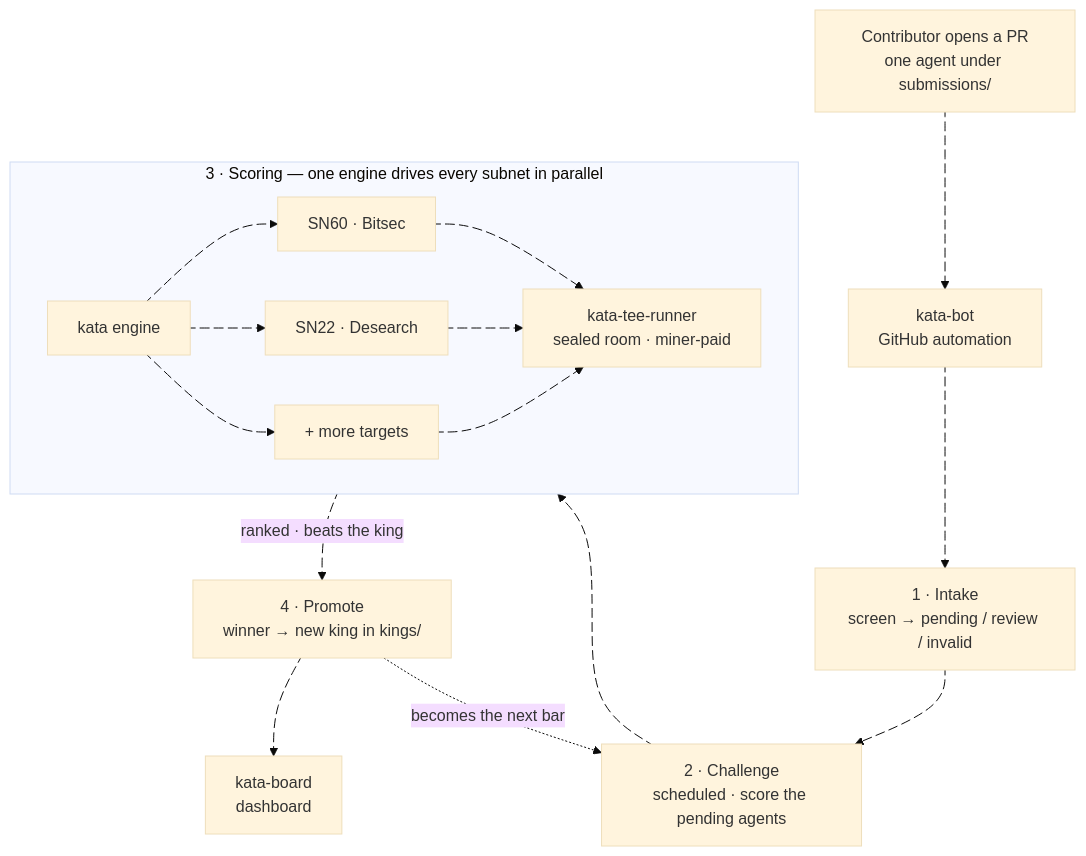
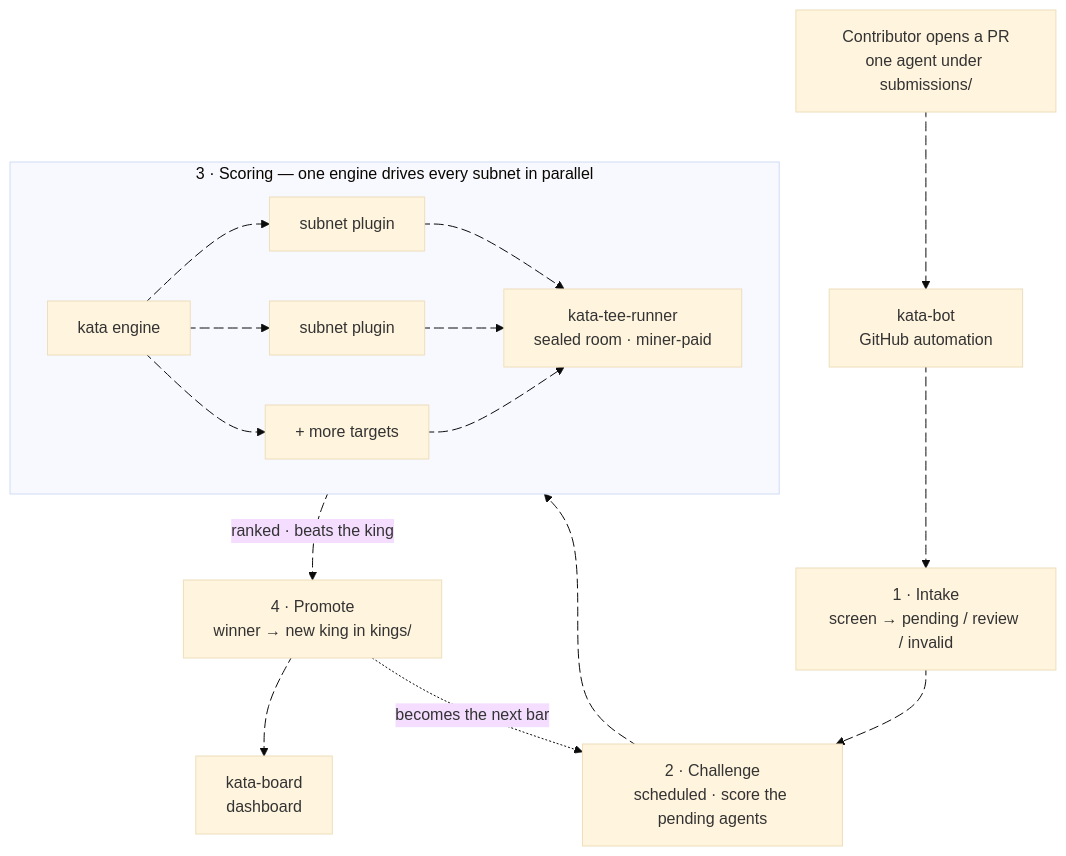
One commit to Autovara/kata changed the diagram in README.md. Above: the diagram before and after it, drawn with Mermaid (base theme). The commit also changed other lines of this file and 6 other files, not shown here.

````diff
--- a/README.md
+++ b/README.md
@@ -37,45 +37,45 @@
 ```mermaid
 flowchart TD
     C["Contributor opens a PR<br/>one agent under submissions/"]
     BOT["kata-bot<br/>GitHub automation"]
     IN["1 · Intake<br/>screen → pending / review / invalid"]
     RD["2 · Challenge<br/>scheduled · score the pending agents"]
     PROM["4 · Promote<br/>winner → new king in kings/"]
     BOARD["kata-board<br/>dashboard"]
 
     subgraph SCORE["3 · Scoring — one engine drives every subnet in parallel"]
         direction LR
         ENG["kata engine"]
-        SN60["SN60 · Bitsec"]
-        SN22["SN22 · Desearch"]
+        P1["subnet plugin"]
+        P2["subnet plugin"]
         MORE["+ more targets"]
         TEE["kata-tee-runner<br/>sealed room · miner-paid"]
-        ENG e7@--> SN60
-        ENG e8@--> SN22
+        ENG e7@--> P1
+        ENG e8@--> P2
         ENG e9@--> MORE
-        SN60 e10@--> TEE
-        SN22 e11@--> TEE
+        P1 e10@--> TEE
+        P2 e11@--> TEE
         MORE e12@--> TEE
     end
 
     C e1@--> BOT
     BOT e2@--> IN
     IN e3@--> RD
     RD e4@--> ENG
     TEE e5@-->|ranked · beats the king| PROM
     PROM e6@--> BOARD
     PROM -. becomes the next bar .-> RD
 
     e1@{ animate: true }
     e2@{ animate: true }
     e3@{ animate: true }
     e4@{ animate: true }
     e5@{ animate: true }
     e6@{ animate: true }
     e7@{ animate: true }
     e8@{ animate: true }
     e9@{ animate: true }
     e10@{ animate: true }
     e11@{ animate: true }
     e12@{ animate: true }
 ```
````
